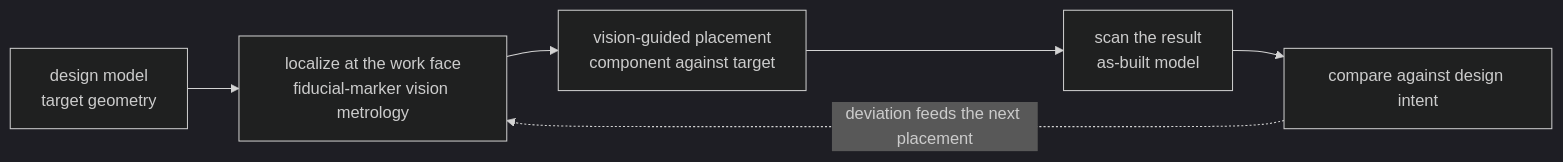
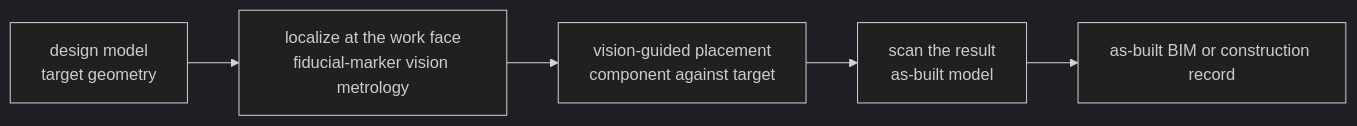
The first of 2 diagrams in content/01-canonical-papers/notes/8-construction/vision-guided-assembly.md (jiseop-byeon/phd-wiki), drawn with Mermaid (dark theme) before and after one commit. The commit also changed other lines of this file and 6 other files, not shown here.

````diff
--- a/content/01-canonical-papers/notes/8-construction/vision-guided-assembly.md
+++ b/content/01-canonical-papers/notes/8-construction/vision-guided-assembly.md
@@ -34,8 +34,7 @@
 ```mermaid
 flowchart LR
     D["design model<br/>target geometry"] --> L["localize at the work face<br/>fiducial-marker vision metrology"]
     L --> M["vision-guided placement<br/>component against target"]
     M --> S["scan the result<br/>as-built model"]
-    S --> CMP["compare against design intent"]
-    CMP -.->|"deviation feeds the next placement"| L
+    S --> BIM["as-built BIM or construction record"]
 ```
````
